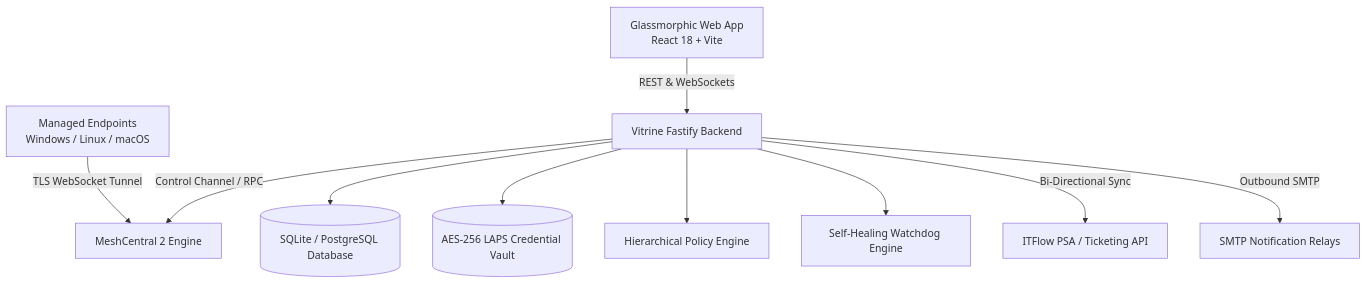
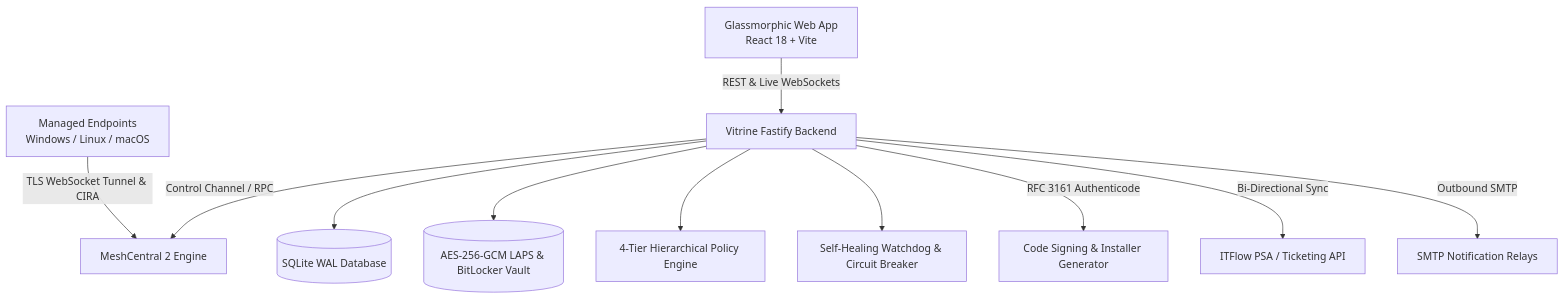
The diagram in README.md (TylerHats/Vitrine-RMM), drawn with Mermaid before and after one commit. The commit also changed other lines of this file and 39 other files, not shown here.

````diff
--- a/README.md
+++ b/README.md
@@ -38,12 +38,13 @@
 ```mermaid
 graph TD
-    Client[Managed Endpoints<br/>Windows / Linux / macOS] -->|TLS WebSocket Tunnel| MC[MeshCentral 2 Engine]
-    UI[Glassmorphic Web App<br/>React 18 + Vite] -->|REST & WebSockets| API[Vitrine Fastify Backend]
+    Client[Managed Endpoints<br/>Windows / Linux / macOS] -->|TLS WebSocket Tunnel & CIRA| MC[MeshCentral 2 Engine]
+    UI[Glassmorphic Web App<br/>React 18 + Vite] -->|REST & Live WebSockets| API[Vitrine Fastify Backend]
     API -->|Control Channel / RPC| MC
-    API --> DB[(SQLite / PostgreSQL Database)]
-    API --> Vault[(AES-256 LAPS Credential Vault)]
-    API --> Policy[Hierarchical Policy Engine]
-    API --> Watchdog[Self-Healing Watchdog Engine]
+    API --> DB[(SQLite WAL Database)]
+    API --> Vault[(AES-256-GCM LAPS & BitLocker Vault)]
+    API --> Policy[4-Tier Hierarchical Policy Engine]
+    API --> Watchdog[Self-Healing Watchdog & Circuit Breaker]
+    API -->|RFC 3161 Authenticode| Signer[Code Signing & Installer Generator]
     API -->|Bi-Directional Sync| PSA[ITFlow PSA / Ticketing API]
     API -->|Outbound SMTP| Mail[SMTP Notification Relays]
 ```
````
